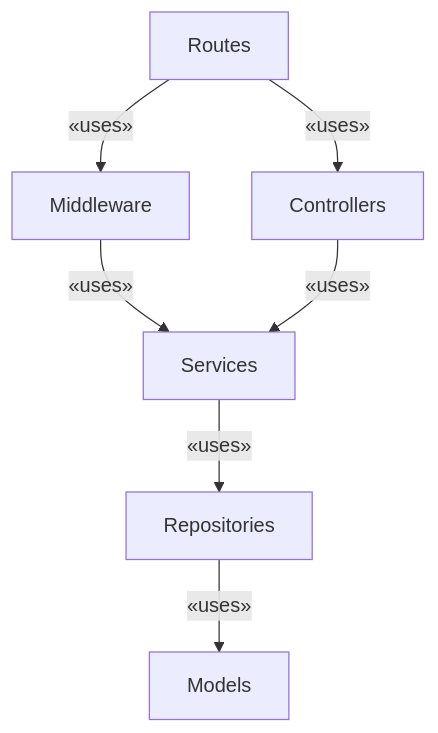
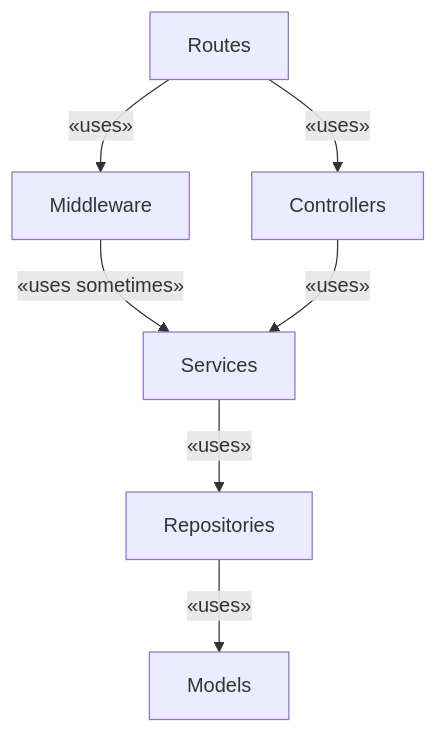
The diagram in docs/DOCUMENTATION.md (nunzioricci2000/techweb-backend), drawn with Mermaid before and after one commit.

Commit message:
Update documentation to clarify middleware usage with services

````diff
--- a/docs/DOCUMENTATION.md
+++ b/docs/DOCUMENTATION.md
@@ -16,9 +16,9 @@
 ```mermaid
 graph TD
     Routes --&laquo;uses&raquo;--> Middleware
     Routes --&laquo;uses&raquo;--> Controllers
-    Middleware --&laquo;uses&raquo;--> Services
+    Middleware --&laquo;uses sometimes&raquo;--> Services
     Controllers --&laquo;uses&raquo;--> Services
     Services --&laquo;uses&raquo;--> Repositories
     Repositories --&laquo;uses&raquo;--> Models
 ```
````
